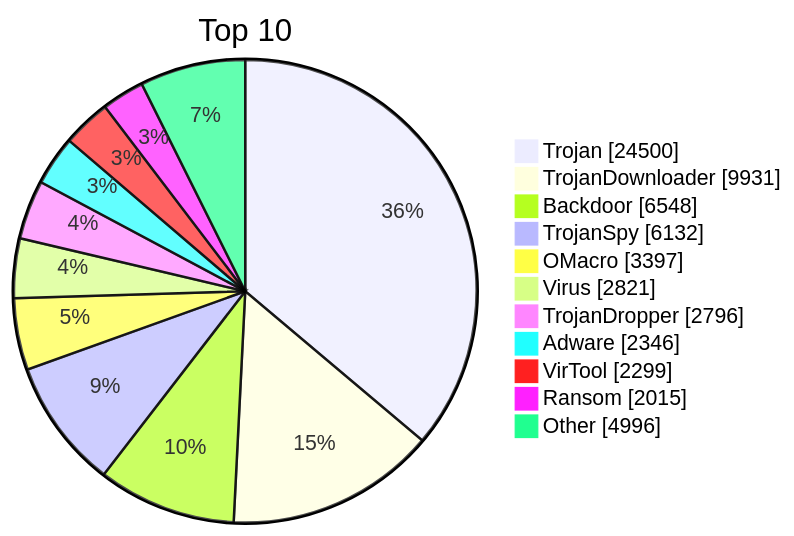
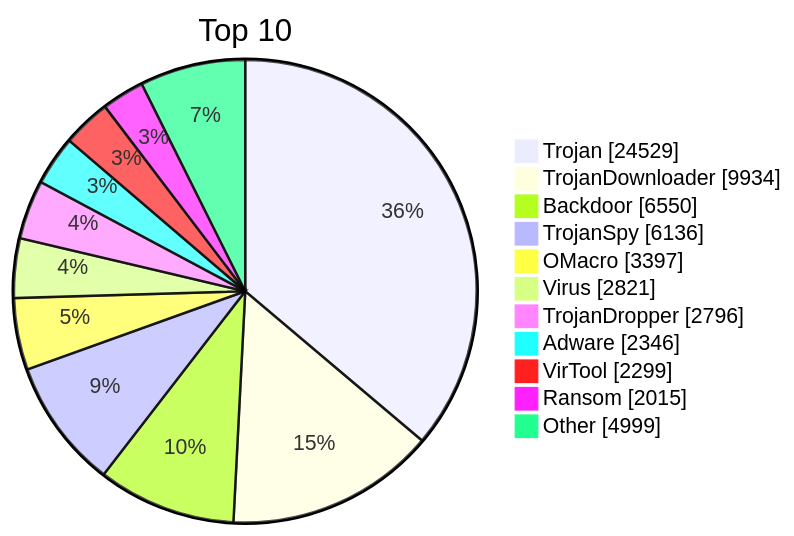
The diagram in README.md (JerryLinLinLin/huorong-virdb-changelog), drawn with Mermaid before and after one commit. The commit also changed other lines of this file and 15 other files, not shown here.

````diff
--- a/README.md
+++ b/README.md
@@ -19,15 +19,15 @@
 ```mermaid
 pie showData
     title Top 10
-    "Trojan" : 24500
-    "TrojanDownloader" : 9931
-    "Backdoor" : 6548
-    "TrojanSpy" : 6132
+    "Trojan" : 24529
+    "TrojanDownloader" : 9934
+    "Backdoor" : 6550
+    "TrojanSpy" : 6136
     "OMacro" : 3397
     "Virus" : 2821
     "TrojanDropper" : 2796
     "Adware" : 2346
     "VirTool" : 2299
     "Ransom" : 2015
-    "Other" : 4996
+    "Other" : 4999
 ```
````
